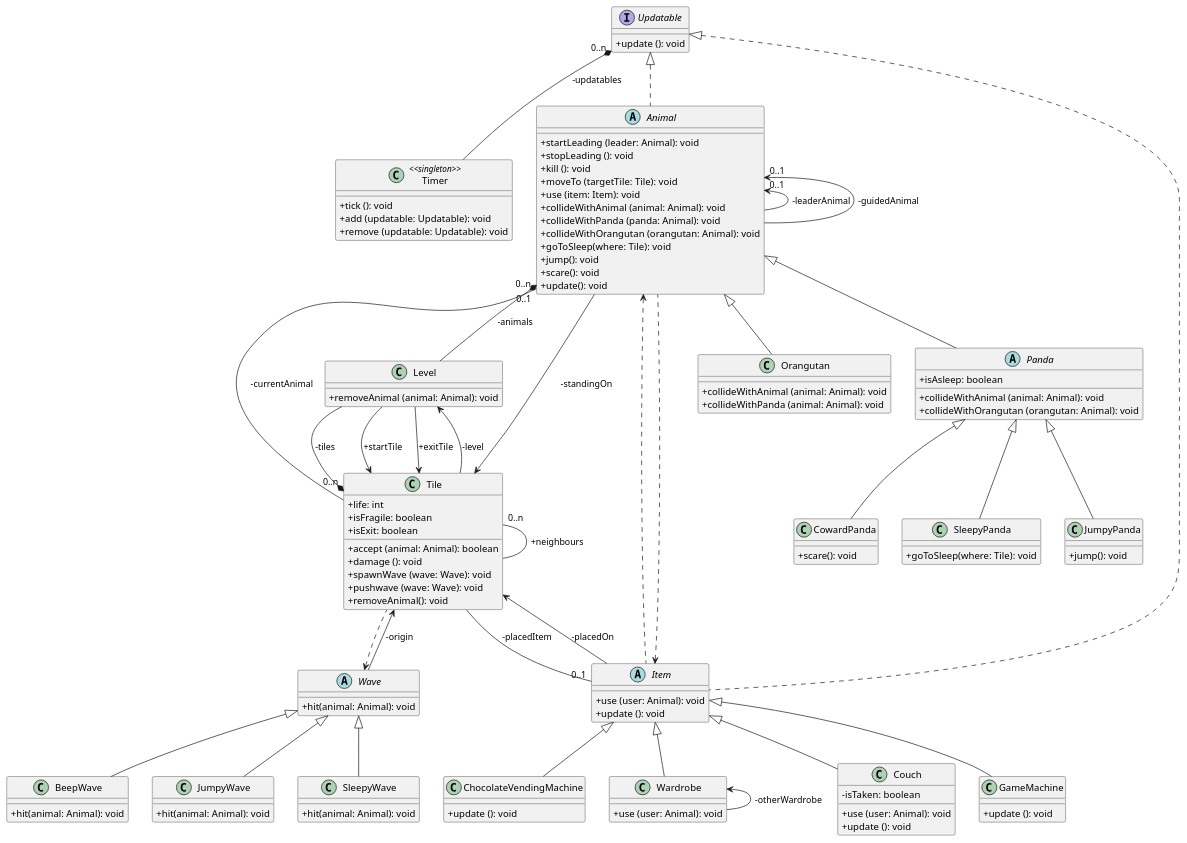
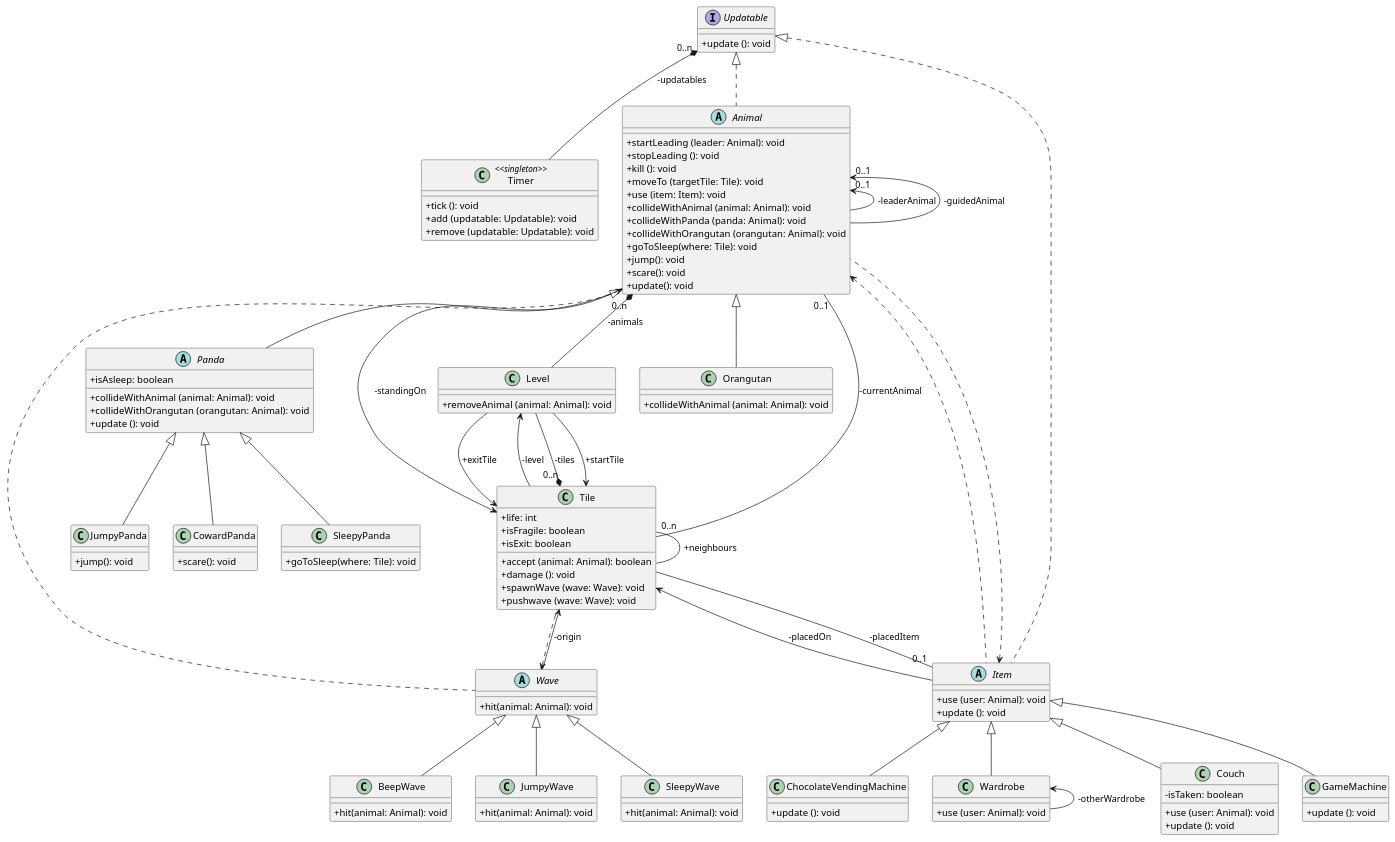
Before and after one commit to bokovhu/software-project-laboratory-assignment: the diagram in 3-analysis-modell/java/src/main/plantuml/ClassDiagram.puml, drawn with PlantUML.

Commit message:
Class diagram fixes

```diff
--- a/3-analysis-modell/java/src/main/plantuml/ClassDiagram.puml
+++ b/3-analysis-modell/java/src/main/plantuml/ClassDiagram.puml
@@ -1,173 +1,174 @@
 @startuml
 
 skinparam classAttributeIconSize 0
 skinparam guillemet false
 
 ' ==========
 ' Interfaces
 ' ==========
 
 interface Updatable {
     +update (): void
 }
 
 ' =======
 ' Classes
 ' =======
 
 class Timer <<singleton>> {
     +tick (): void
     +add (updatable: Updatable): void
     +remove (updatable: Updatable): void
 }
 
 class Level {
     +removeAnimal (animal: Animal): void
 }
 
 class Tile {
     +life: int
     +isFragile: boolean
     +isExit: boolean
     +accept (animal: Animal): boolean
     +damage (): void
     +spawnWave (wave: Wave): void
     +pushwave (wave: Wave): void
-    +removeAnimal(): void
 }
 
 abstract class Animal {
     +startLeading (leader: Animal): void
     +stopLeading (): void
     +kill (): void
     +moveTo (targetTile: Tile): void
     +use (item: Item): void
     +collideWithAnimal (animal: Animal): void
     +collideWithPanda (panda: Animal): void
     +collideWithOrangutan (orangutan: Animal): void
     +goToSleep(where: Tile): void
     +jump(): void
     +scare(): void
     +update(): void
 }
 
 abstract class Item {
     +use (user: Animal): void
     +update (): void
 }
 
 abstract class Panda {
     +isAsleep: boolean
     +collideWithAnimal (animal: Animal): void
     +collideWithOrangutan (orangutan: Animal): void
+    +update (): void
 }
 
 class SleepyPanda {
     +goToSleep(where: Tile): void
 }
 
 class JumpyPanda {
     +jump(): void
 }
 
 class CowardPanda {
     +scare(): void
 }
 
 class Orangutan {
     +collideWithAnimal (animal: Animal): void
-    +collideWithPanda (animal: Animal): void
 }
 
 class Couch {
     -isTaken: boolean
     +use (user: Animal): void
     +update (): void
 }
 
 class GameMachine {
     +update (): void
 }
 
 class ChocolateVendingMachine {
     +update (): void
 }
 
 class Wardrobe {
     +use (user: Animal): void
 }
 
 abstract class Wave {
     +hit(animal: Animal): void
 }
 
 class SleepyWave{
     +hit(animal: Animal): void
 }
 
 class BeepWave{
     +hit(animal: Animal): void
 }
 
 class JumpyWave{
     +hit(animal: Animal): void
 }
 ' ===========
 ' Inheritance
 ' ===========
 
 Updatable <|.. Animal
 Updatable <|.. Item
 
 Animal <|-- Panda
 Panda<|-- SleepyPanda
 Panda<|-- JumpyPanda
 Panda<|-- CowardPanda
 Animal <|-- Orangutan
 
 Item <|-- Couch
 Item <|-- GameMachine
 Item <|-- ChocolateVendingMachine
 Item <|-- Wardrobe
 
 Wave<|-- JumpyWave
 Wave<|-- SleepyWave
 Wave<|-- BeepWave
 
 ' ============
 ' Compositions
 ' ============
 
 Updatable "0..n" *-- Timer : -updatables
 Tile "0..n" *-- Level : -tiles
 Animal "0..n" *-- Level : -animals
 
 ' ============
 ' Associations
 ' ============
 
 Tile "0..n" -- Tile : +neighbours
 
 Tile <-- Animal : -standingOn
 Animal "0..1" -- Tile : -currentAnimal
 
 Animal "0..1" <-- Animal : -leaderAnimal
 Animal "0..1" <-- Animal : -guidedAnimal
 
 Tile <-- Item : -placedOn
 Item "0..1" -- Tile : -placedItem
 
 Tile <-- Wave : -origin
 
 Wave <.. Tile
 Tile <-- Level : +startTile
 Tile <-- Level : +exitTile
 
 Animal <.. Item
 Item <.. Animal
 
 Wardrobe <-- Wardrobe : -otherWardrobe
 
 Level <-- Tile : -level
 
+Animal <.. Wave
+
 @enduml
```
